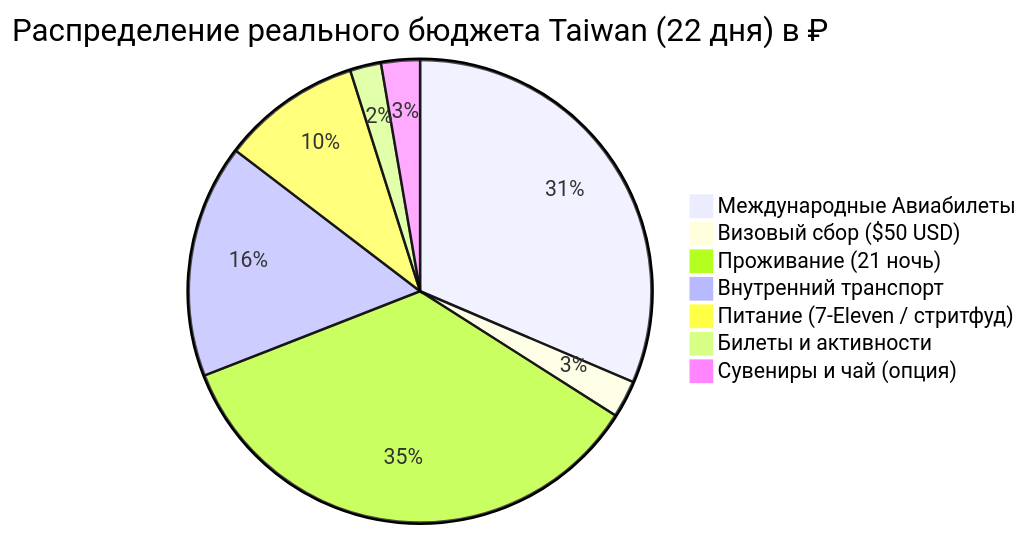
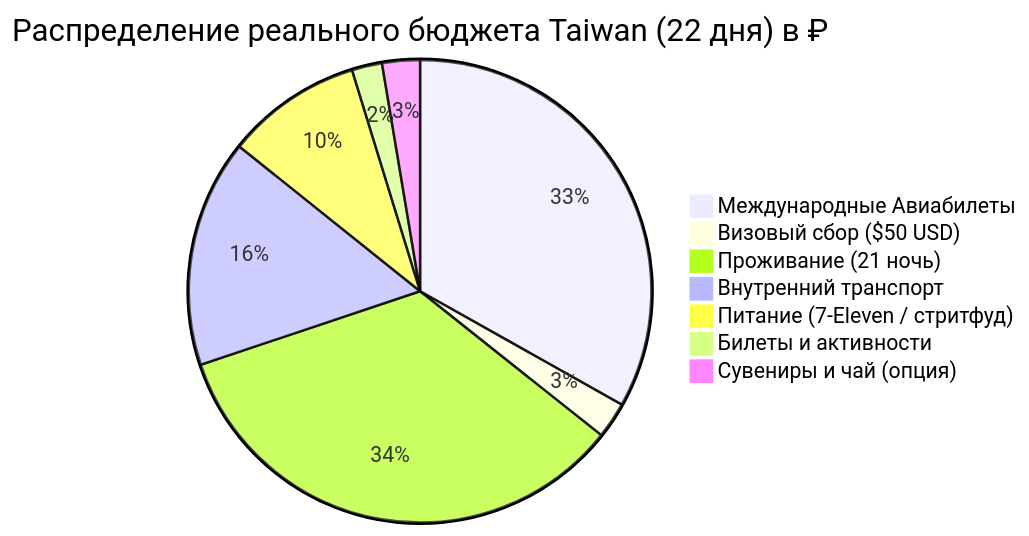
Before and after one commit to injurka/obsidian-mark: the diagram in Personal Note/Travel/-- Taiwan/04 - Финансы/Финансы.md, drawn with Mermaid. The commit also changed other lines of this file and 43 other files, not shown here.

````diff
--- a/Personal Note/Travel/-- Taiwan/04 - Финансы/Финансы.md
+++ b/Personal Note/Travel/-- Taiwan/04 - Финансы/Финансы.md
@@ -12,10 +12,10 @@
 ```mermaid
 pie title Распределение реального бюджета Taiwan (22 дня) в ₽
-    "Международные Авиабилеты" : 58000
+    "Международные Авиабилеты" : 62793
     "Визовый сбор ($50 USD)" : 4800
     "Проживание (21 ночь)" : 64721
     "Внутренний транспорт" : 30100
     "Питание (7-Eleven / стритфуд)" : 18000
     "Билеты и активности" : 4000
     "Сувениры и чай (опция)" : 5000
 ```
````
